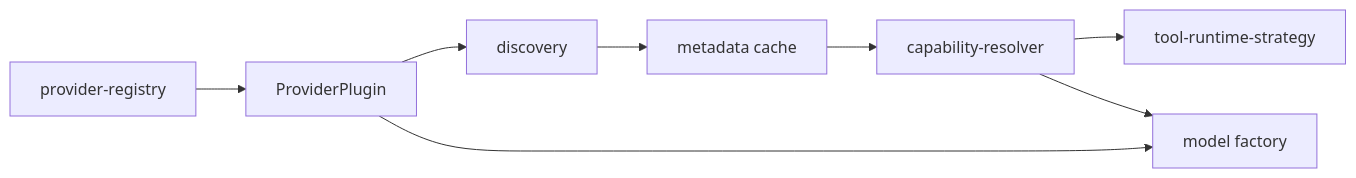
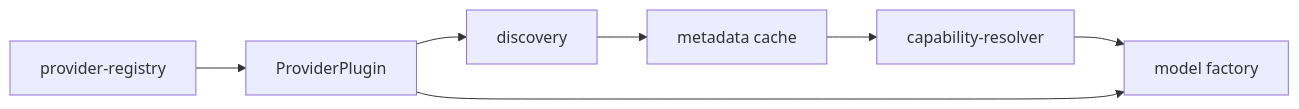
One commit to EtienneLescot/yagr changed the fourth of 8 diagrams in architecture/current/runtime-flows.md. Above: the diagram before and after it, drawn with Mermaid. The commit also changed other lines of this file and 30 other files, not shown here.

````diff
--- a/architecture/current/runtime-flows.md
+++ b/architecture/current/runtime-flows.md
@@ -117,18 +104,16 @@
 ```mermaid
 flowchart LR
     REG[provider-registry]
     PLUG[ProviderPlugin]
     DISC[discovery]
     META[metadata cache]
     CAP[capability-resolver]
-    STRAT[tool-runtime-strategy]
     MODEL[model factory]
 
     REG --> PLUG
     PLUG --> DISC
     DISC --> META
     META --> CAP
-    CAP --> STRAT
     CAP --> MODEL
     PLUG --> MODEL
 ```
````
